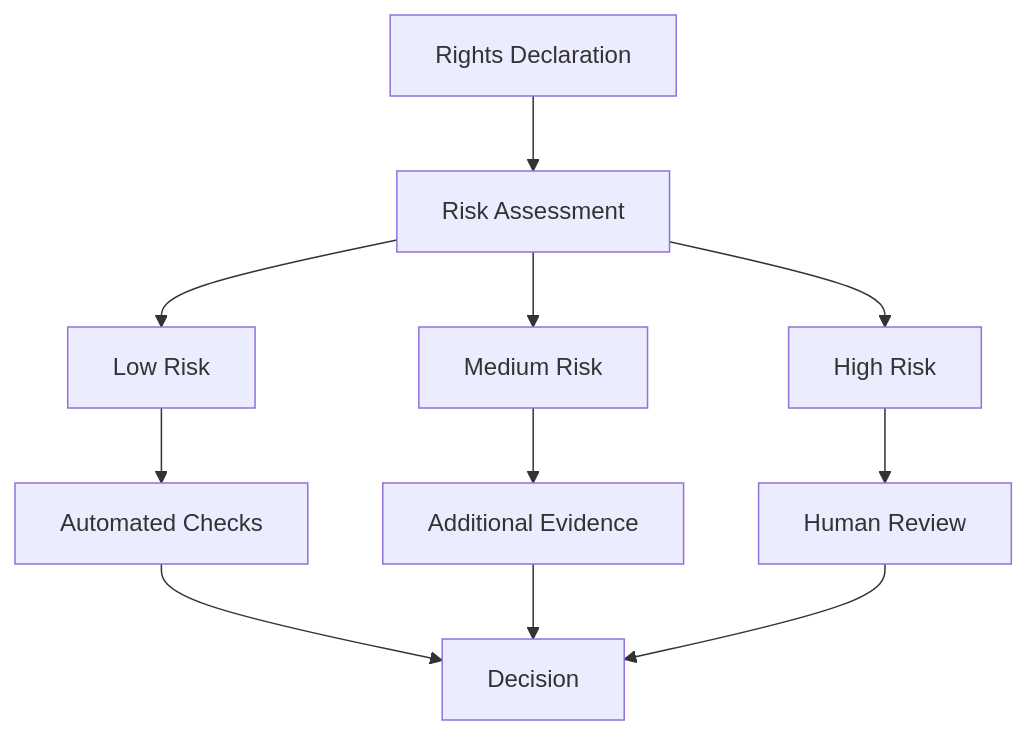
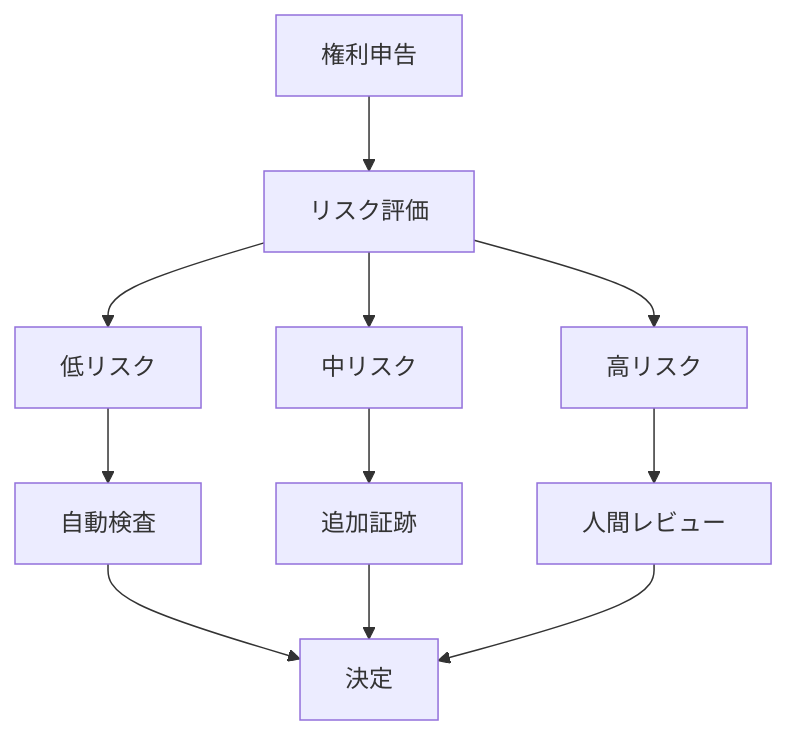
The eighth of 29 diagrams in docs/whitepaper/05-creator-onboarding.md (ShigeichiroYamasaki/creator-first-platform), drawn with Mermaid before and after one commit. The commit also changed other lines of this file and 72 other files, not shown here.

````diff
--- a/docs/whitepaper/05-creator-onboarding.md
+++ b/docs/whitepaper/05-creator-onboarding.md
@@ -285,19 +285,19 @@
 ```mermaid
 flowchart TD
-    DECLARE[Rights Declaration]
-    RISK[Risk Assessment]
+    DECLARE[権利申告]
+    RISK[リスク評価]
 
     DECLARE --> RISK
 
-    RISK --> LOW[Low Risk]
-    RISK --> MED[Medium Risk]
-    RISK --> HIGH[High Risk]
+    RISK --> LOW[低リスク]
+    RISK --> MED[中リスク]
+    RISK --> HIGH[高リスク]
 
-    LOW --> AUTO[Automated Checks]
-    MED --> DOC[Additional Evidence]
-    HIGH --> HUMAN[Human Review]
+    LOW --> AUTO[自動検査]
+    MED --> DOC[追加証跡]
+    HIGH --> HUMAN[人間レビュー]
 
-    AUTO --> RESULT[Decision]
+    AUTO --> RESULT[決定]
     DOC --> RESULT
     HUMAN --> RESULT
 ```
````
